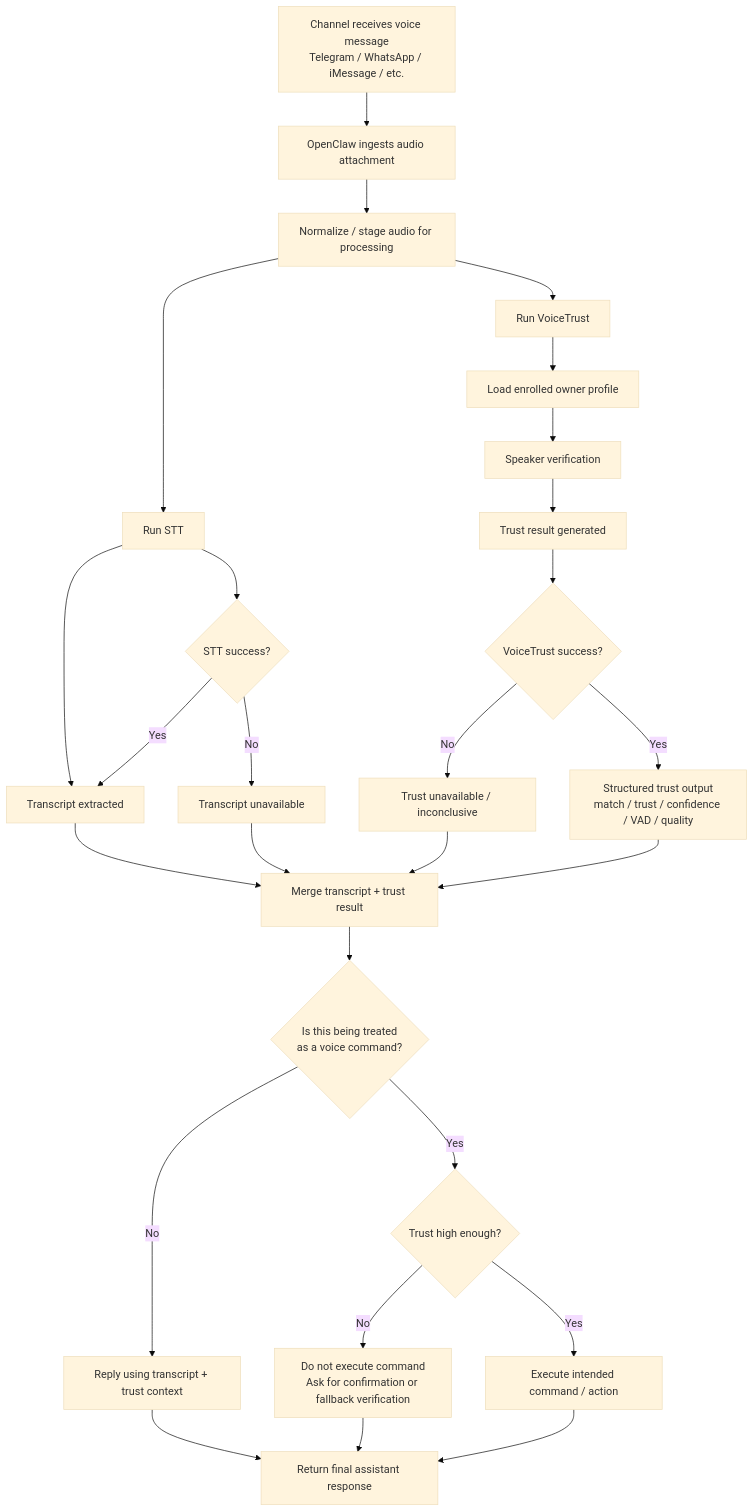
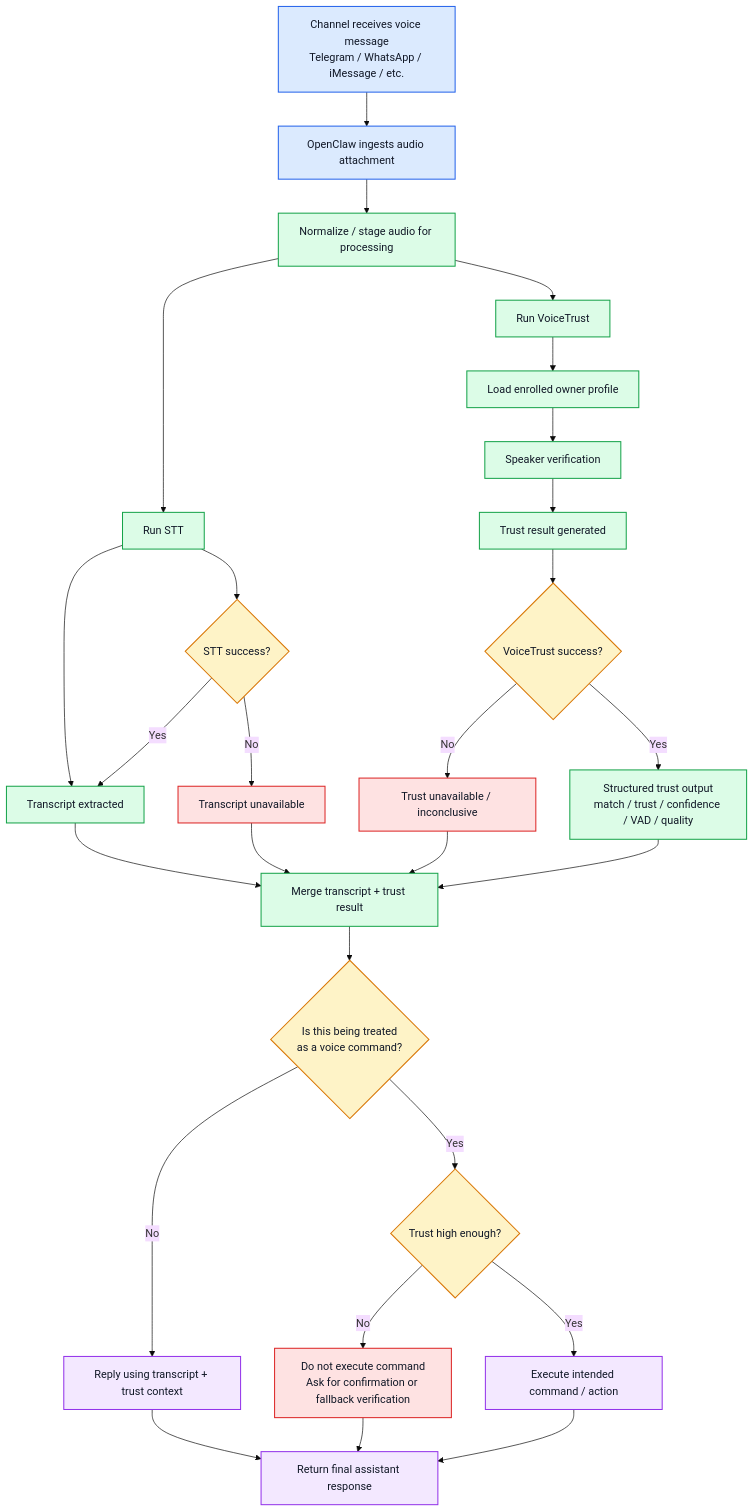
Before and after one commit to ChuaKhunngan/VoiceTrust: the diagram in README.md, drawn with Mermaid (base theme).

Commit message:
docs(readme): add color grouping to voice flow diagram

````diff
--- a/README.md
+++ b/README.md
@@ -23,35 +23,47 @@
 ```mermaid
 flowchart TD
     A[Channel receives voice message\nTelegram / WhatsApp / iMessage / etc.] --> B[OpenClaw ingests audio attachment]
     B --> C[Normalize / stage audio for processing]
 
     C --> D[Run STT]
     C --> E[Run VoiceTrust]
 
     D --> D1[Transcript extracted]
     D --> D2{STT success?}
     D2 -- No --> D3[Transcript unavailable]
     D2 -- Yes --> D1
 
     E --> E1[Load enrolled owner profile]
     E1 --> E2[Speaker verification]
     E2 --> E3[Trust result generated]
     E3 --> E4{VoiceTrust success?}
     E4 -- No --> E5[Trust unavailable / inconclusive]
     E4 -- Yes --> E6[Structured trust output\nmatch / trust / confidence / VAD / quality]
 
     D1 --> F[Merge transcript + trust result]
     D3 --> F
     E5 --> F
     E6 --> F
 
     F --> G{Is this being treated\nas a voice command?}
     G -- No --> H[Reply using transcript + trust context]
     G -- Yes --> I{Trust high enough?}
     I -- No --> J[Do not execute command\nAsk for confirmation or fallback verification]
     I -- Yes --> K[Execute intended command / action]
 
     H --> L[Return final assistant response]
     J --> L
     K --> L
+
+    classDef channel fill:#dbeafe,stroke:#2563eb,color:#111827,stroke-width:1.5px;
+    classDef processing fill:#dcfce7,stroke:#16a34a,color:#111827,stroke-width:1.5px;
+    classDef decision fill:#fef3c7,stroke:#d97706,color:#111827,stroke-width:1.5px;
+    classDef output fill:#f3e8ff,stroke:#9333ea,color:#111827,stroke-width:1.5px;
+    classDef failure fill:#fee2e2,stroke:#dc2626,color:#111827,stroke-width:1.5px;
+
+    class A,B channel;
+    class C,D,E,D1,E1,E2,E3,E6,F processing;
+    class D2,E4,G,I decision;
+    class H,K,L output;
+    class D3,E5,J failure;
 ```
````
